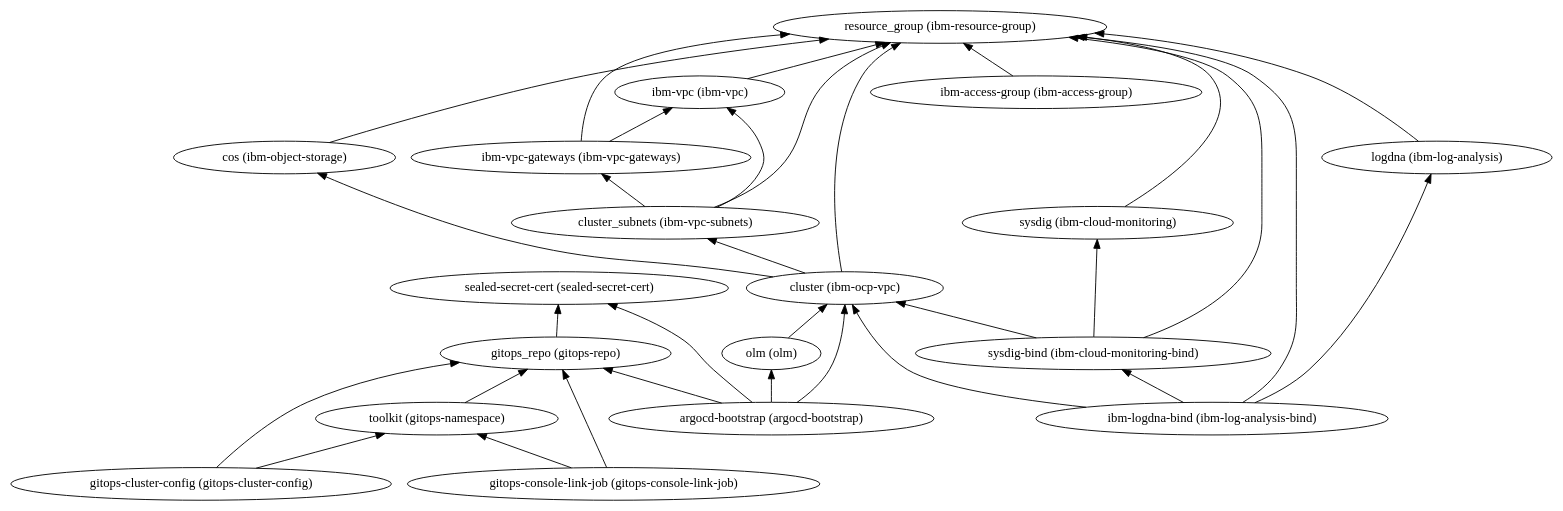
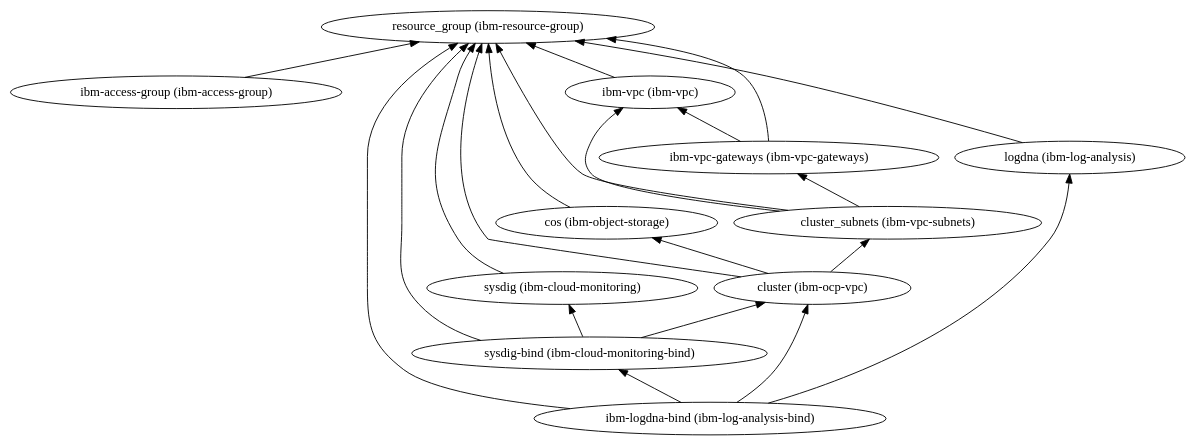
One commit to IBM/automation-ibmcloud-infra-openshift changed the diagram in automation/1-quickstart/110-vpc-openshift/dependencies.dot. Above: the diagram before and after it, drawn with Graphviz. The commit also changed 60 other files, not shown here.

```diff
--- a/automation/1-quickstart/110-vpc-openshift/dependencies.dot
+++ b/automation/1-quickstart/110-vpc-openshift/dependencies.dot
@@ -1,52 +1,34 @@
 digraph {
     rankdir="BT"
-    "argocd-bootstrap (argocd-bootstrap)" -> "cluster (ibm-ocp-vpc)"
-"argocd-bootstrap (argocd-bootstrap)" -> "olm (olm)"
-"argocd-bootstrap (argocd-bootstrap)" -> "gitops_repo (gitops-repo)"
-"argocd-bootstrap (argocd-bootstrap)" -> "sealed-secret-cert (sealed-secret-cert)"
-"argocd-bootstrap (argocd-bootstrap)"
+    "resource_group (ibm-resource-group)"
+"ibm-access-group (ibm-access-group)" -> "resource_group (ibm-resource-group)"
+"ibm-access-group (ibm-access-group)"
+"sysdig (ibm-cloud-monitoring)" -> "resource_group (ibm-resource-group)"
+"sysdig (ibm-cloud-monitoring)"
+"sysdig-bind (ibm-cloud-monitoring-bind)" -> "cluster (ibm-ocp-vpc)"
+"sysdig-bind (ibm-cloud-monitoring-bind)" -> "resource_group (ibm-resource-group)"
+"sysdig-bind (ibm-cloud-monitoring-bind)" -> "sysdig (ibm-cloud-monitoring)"
+"sysdig-bind (ibm-cloud-monitoring-bind)"
 "cluster (ibm-ocp-vpc)" -> "resource_group (ibm-resource-group)"
 "cluster (ibm-ocp-vpc)" -> "cos (ibm-object-storage)"
 "cluster (ibm-ocp-vpc)" -> "cluster_subnets (ibm-vpc-subnets)"
 "cluster (ibm-ocp-vpc)"
-"resource_group (ibm-resource-group)"
 "cos (ibm-object-storage)" -> "resource_group (ibm-resource-group)"
 "cos (ibm-object-storage)"
 "cluster_subnets (ibm-vpc-subnets)" -> "resource_group (ibm-resource-group)"
 "cluster_subnets (ibm-vpc-subnets)" -> "ibm-vpc (ibm-vpc)"
 "cluster_subnets (ibm-vpc-subnets)" -> "ibm-vpc-gateways (ibm-vpc-gateways)"
 "cluster_subnets (ibm-vpc-subnets)"
 "ibm-vpc (ibm-vpc)" -> "resource_group (ibm-resource-group)"
 "ibm-vpc (ibm-vpc)"
 "ibm-vpc-gateways (ibm-vpc-gateways)" -> "resource_group (ibm-resource-group)"
 "ibm-vpc-gateways (ibm-vpc-gateways)" -> "ibm-vpc (ibm-vpc)"
 "ibm-vpc-gateways (ibm-vpc-gateways)"
-"olm (olm)" -> "cluster (ibm-ocp-vpc)"
-"olm (olm)"
-"gitops_repo (gitops-repo)" -> "sealed-secret-cert (sealed-secret-cert)"
-"gitops_repo (gitops-repo)"
-"sealed-secret-cert (sealed-secret-cert)"
-"gitops-cluster-config (gitops-cluster-config)" -> "gitops_repo (gitops-repo)"
-"gitops-cluster-config (gitops-cluster-config)" -> "toolkit (gitops-namespace)"
-"gitops-cluster-config (gitops-cluster-config)"
-"toolkit (gitops-namespace)" -> "gitops_repo (gitops-repo)"
-"toolkit (gitops-namespace)"
-"gitops-console-link-job (gitops-console-link-job)" -> "gitops_repo (gitops-repo)"
-"gitops-console-link-job (gitops-console-link-job)" -> "toolkit (gitops-namespace)"
-"gitops-console-link-job (gitops-console-link-job)"
-"ibm-access-group (ibm-access-group)" -> "resource_group (ibm-resource-group)"
-"ibm-access-group (ibm-access-group)"
-"sysdig-bind (ibm-cloud-monitoring-bind)" -> "cluster (ibm-ocp-vpc)"
-"sysdig-bind (ibm-cloud-monitoring-bind)" -> "resource_group (ibm-resource-group)"
-"sysdig-bind (ibm-cloud-monitoring-bind)" -> "sysdig (ibm-cloud-monitoring)"
-"sysdig-bind (ibm-cloud-monitoring-bind)"
-"sysdig (ibm-cloud-monitoring)" -> "resource_group (ibm-resource-group)"
-"sysdig (ibm-cloud-monitoring)"
+"logdna (ibm-log-analysis)" -> "resource_group (ibm-resource-group)"
+"logdna (ibm-log-analysis)"
 "ibm-logdna-bind (ibm-log-analysis-bind)" -> "cluster (ibm-ocp-vpc)"
 "ibm-logdna-bind (ibm-log-analysis-bind)" -> "resource_group (ibm-resource-group)"
 "ibm-logdna-bind (ibm-log-analysis-bind)" -> "logdna (ibm-log-analysis)"
 "ibm-logdna-bind (ibm-log-analysis-bind)" -> "sysdig-bind (ibm-cloud-monitoring-bind)"
 "ibm-logdna-bind (ibm-log-analysis-bind)"
-"logdna (ibm-log-analysis)" -> "resource_group (ibm-resource-group)"
-"logdna (ibm-log-analysis)"
   }
```
